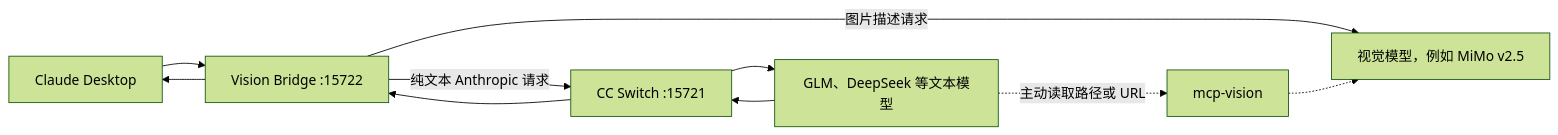
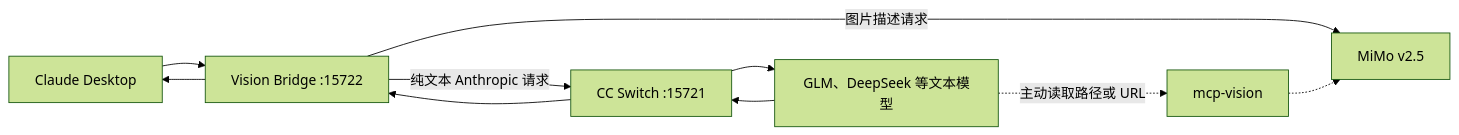
One commit to YunjianAI/cc-switch-vision-bridge changed the diagram in README.md. Above: the diagram before and after it, drawn with Mermaid (forest theme). The commit also changed other lines of this file and 19 other files, not shown here.

````diff
--- a/README.md
+++ b/README.md
@@ -11,11 +11,11 @@
 ```mermaid
 flowchart LR
     A["Claude Desktop"] --> B["Vision Bridge :15722"]
-    B -->|"图片描述请求"| C["视觉模型，例如 MiMo v2.5"]
+    B -->|"图片描述请求"| C["MiMo v2.5"]
     B -->|"纯文本 Anthropic 请求"| D["CC Switch :15721"]
     D --> E["GLM、DeepSeek 等文本模型"]
     E --> D --> B --> A
 
     E -. "主动读取路径或 URL" .-> F["mcp-vision"]
     F -.-> C
 ```
````
